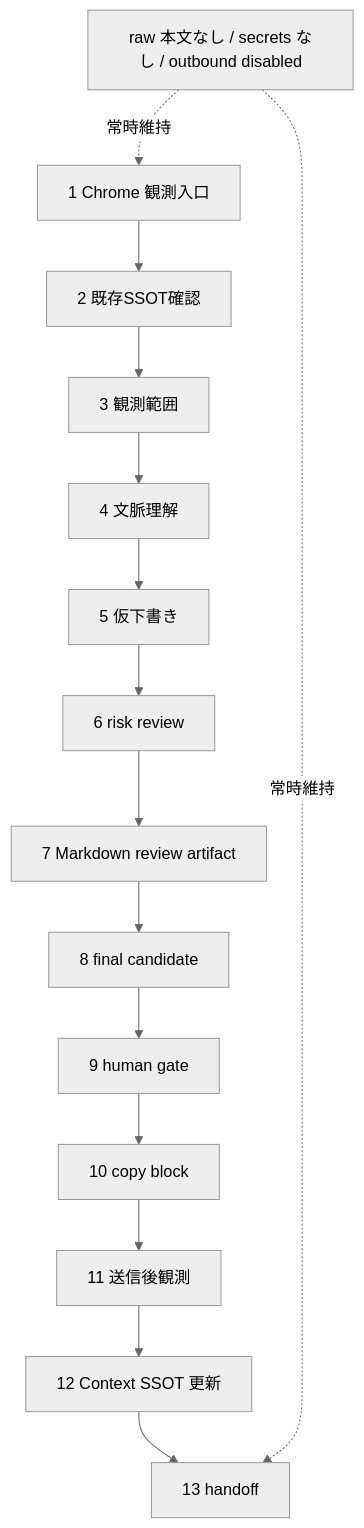
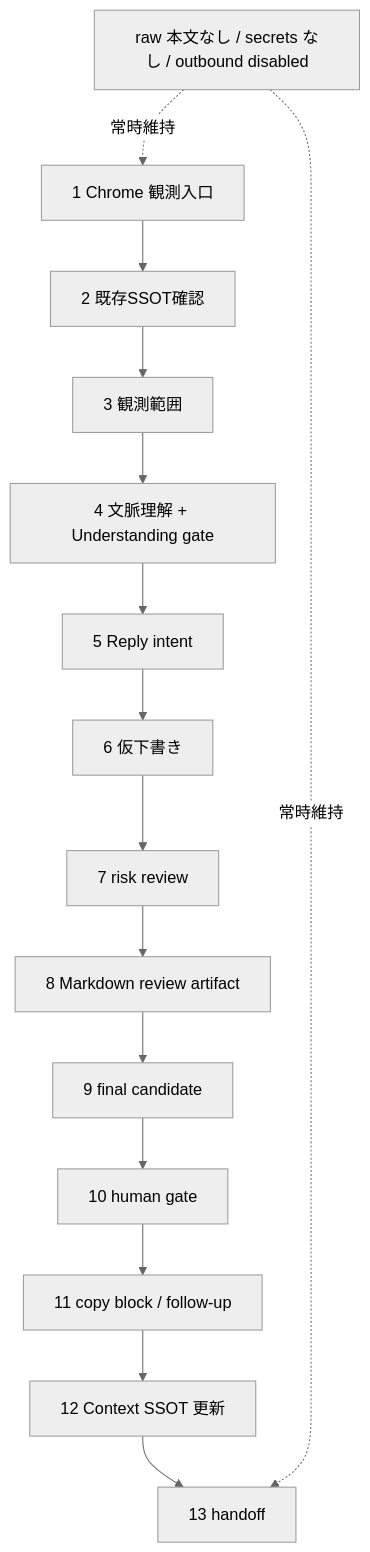
The diagram in ROADMAP.md (nexus-ai-2045/discord-context-bridge), drawn with Mermaid (neutral theme) before and after one commit. The commit also changed other lines of this file and 3 other files, not shown here.

Commit message:
Document understanding gate ADR

````diff
--- a/ROADMAP.md
+++ b/ROADMAP.md
@@ -13,18 +17,18 @@
 ```mermaid
 flowchart TD
   s1["1 Chrome 観測入口"] --> s2["2 既存SSOT確認"]
   s2 --> s3["3 観測範囲"]
-  s3 --> s4["4 文脈理解"]
-  s4 --> s5["5 仮下書き"]
-  s5 --> s6["6 risk review"]
-  s6 --> s7["7 Markdown review artifact"]
-  s7 --> s8["8 final candidate"]
-  s8 --> s9["9 human gate"]
-  s9 --> s10["10 copy block"]
-  s10 --> s11["11 送信後観測"]
-  s11 --> s12["12 Context SSOT 更新"]
+  s3 --> s4["4 文脈理解 + Understanding gate"]
+  s4 --> ri["5 Reply intent"]
+  ri --> s5["6 仮下書き"]
+  s5 --> s6["7 risk review"]
+  s6 --> s7["8 Markdown review artifact"]
+  s7 --> s8["9 final candidate"]
+  s8 --> s9["10 human gate"]
+  s9 --> s10["11 copy block / follow-up"]
+  s10 --> s12["12 Context SSOT 更新"]
   s12 --> s13["13 handoff"]
 
   guard["raw 本文なし / secrets なし / outbound disabled"] -. "常時維持" .-> s1
   guard -. "常時維持" .-> s13
 ```
````
